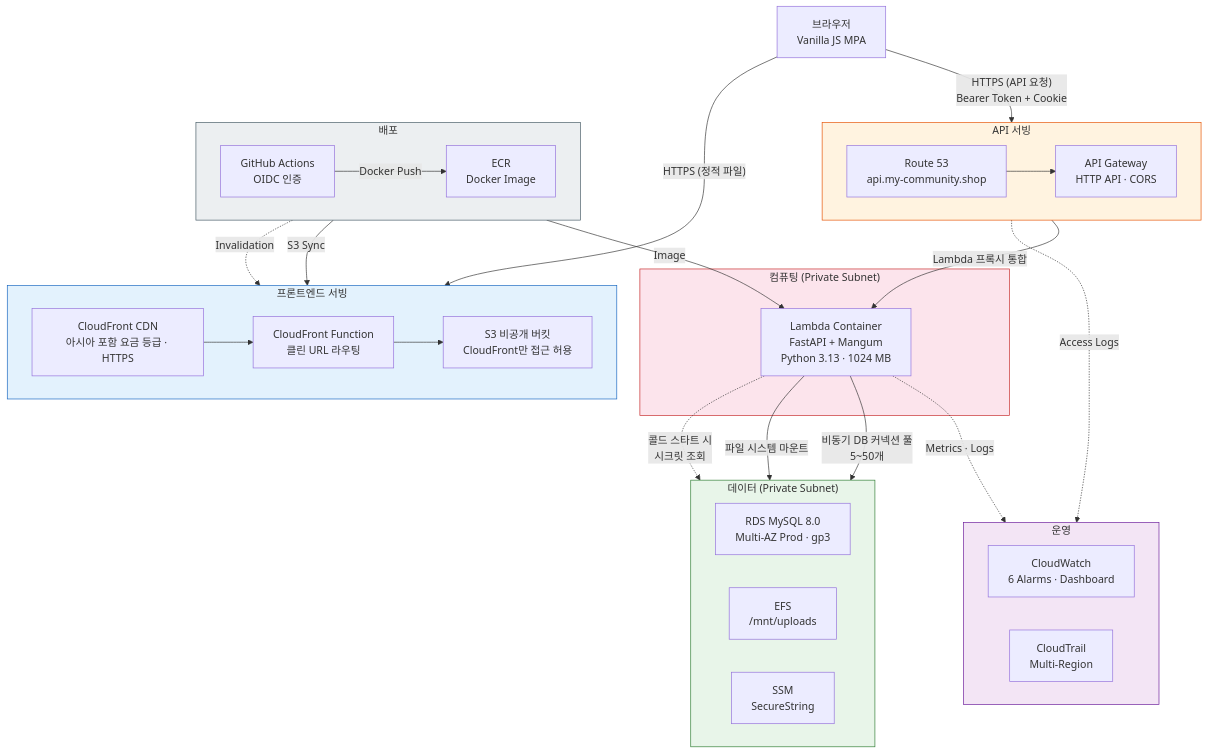
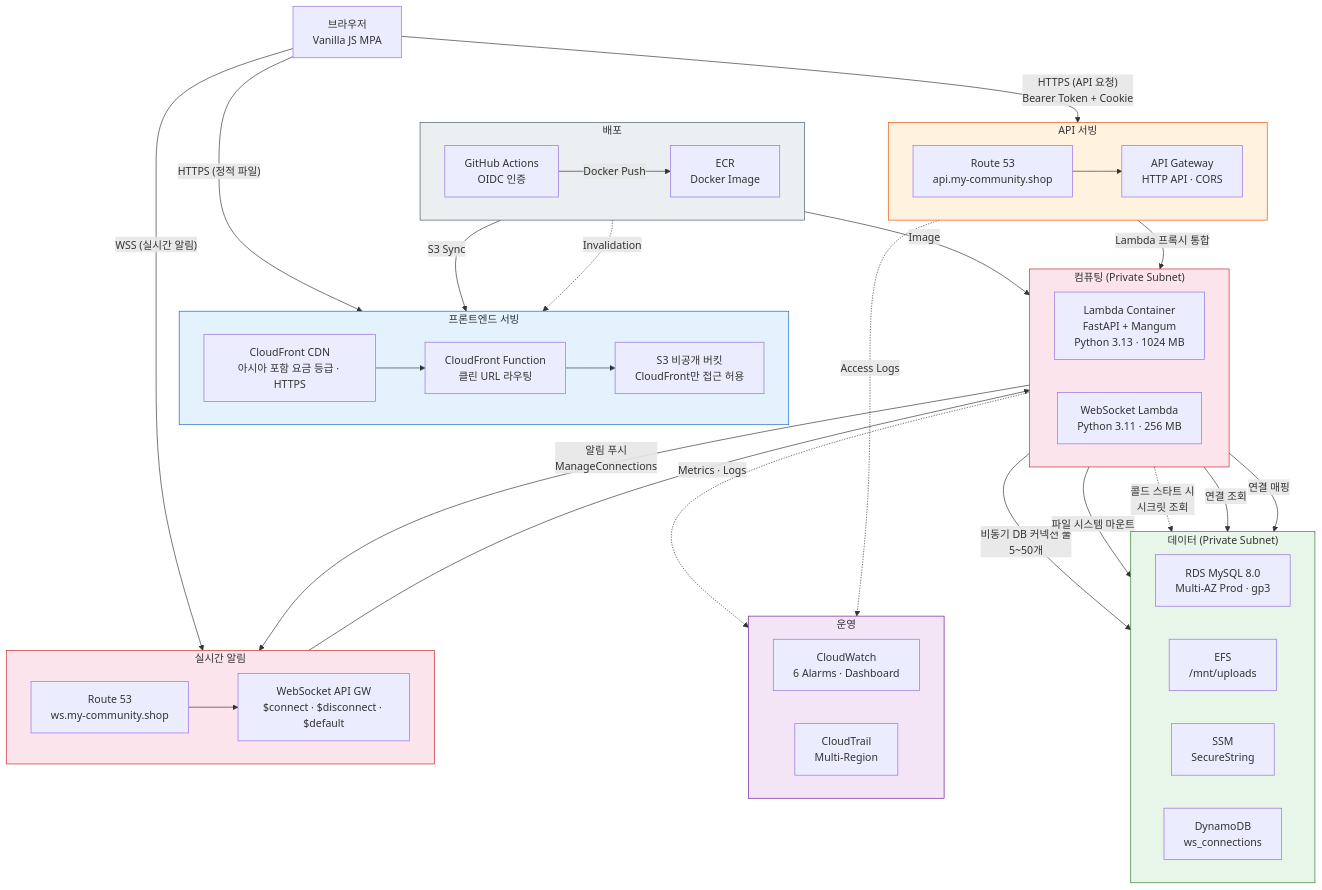
Before and after one commit to 80-hours-a-week/2-cho-community-infra: the first of 18 diagrams in report.md, drawn with Mermaid. The commit also changed other lines of this file, not shown here.

````diff
--- a/report.md
+++ b/report.md
@@ -64,64 +67,80 @@
 ```mermaid
 flowchart TD
     Browser["브라우저<br/>Vanilla JS MPA"]
 
     subgraph Frontend["프론트엔드 서빙"]
         direction LR
         CF["CloudFront CDN<br/>아시아 포함 요금 등급 · HTTPS"]
         CFF["CloudFront Function<br/>클린 URL 라우팅"]
         S3["S3 비공개 버킷<br/>CloudFront만 접근 허용"]
     end
 
     subgraph APILayer["API 서빙"]
         direction LR
         R53["Route 53<br/>api.my-community.shop"]
         APIGW["API Gateway<br/>HTTP API · CORS"]
     end
 
+    subgraph WSLayer["실시간 알림"]
+        direction LR
+        R53_WS["Route 53<br/>ws.my-community.shop"]
+        APIGW_WS["WebSocket API GW<br/>$connect · $disconnect · $default"]
+    end
+
     subgraph Compute["컴퓨팅 (Private Subnet)"]
+        direction LR
         Lambda["Lambda Container<br/>FastAPI + Mangum<br/>Python 3.13 · 1024 MB"]
+        Lambda_WS["WebSocket Lambda<br/>Python 3.11 · 256 MB"]
     end
 
     subgraph Data["데이터 (Private Subnet)"]
         direction LR
         RDS["RDS MySQL 8.0<br/>Multi-AZ Prod · gp3"]
         EFS["EFS<br/>/mnt/uploads"]
         SSM["SSM<br/>SecureString"]
+        DDB["DynamoDB<br/>ws_connections"]
     end
 
     subgraph Ops["운영"]
         direction LR
         CW["CloudWatch<br/>6 Alarms · Dashboard"]
         CT["CloudTrail<br/>Multi-Region"]
     end
 
     subgraph Deploy["배포"]
         direction LR
         GHA["GitHub Actions<br/>OIDC 인증"]
         ECR["ECR<br/>Docker Image"]
     end
 
     Browser -- "HTTPS (정적 파일)" --> CF
     CF --> CFF --> S3
 
     Browser -- "HTTPS (API 요청)<br/>Bearer Token + Cookie" --> R53
     R53 --> APIGW -- "Lambda 프록시 통합" --> Lambda
 
+    Browser -- "WSS (실시간 알림)" --> R53_WS
+    R53_WS --> APIGW_WS --> Lambda_WS
+
     Lambda -- "비동기 DB 커넥션 풀<br/>5~50개" --> RDS
     Lambda -- "파일 시스템 마운트" --> EFS
     Lambda -. "콜드 스타트 시<br/>시크릿 조회" .-> SSM
+    Lambda -- "알림 푸시<br/>ManageConnections" --> APIGW_WS
+    Lambda -- "연결 조회" --> DDB
+    Lambda_WS -- "연결 매핑" --> DDB
 
     Lambda -. "Metrics · Logs" .-> CW
     APIGW -. "Access Logs" .-> CW
 
     GHA -- "Docker Push" --> ECR -- "Image" --> Lambda
     GHA -- "S3 Sync" --> S3
     GHA -. "Invalidation" .-> CF
 
+    style WSLayer fill:#fce4ec,stroke:#c62828
     style Frontend fill:#e3f2fd,stroke:#1565c0
     style APILayer fill:#fff3e0,stroke:#e65100
     style Compute fill:#fce4ec,stroke:#c62828
     style Data fill:#e8f5e9,stroke:#2e7d32
     style Ops fill:#f3e5f5,stroke:#6a1b9a
     style Deploy fill:#eceff1,stroke:#455a64
 ```
````
